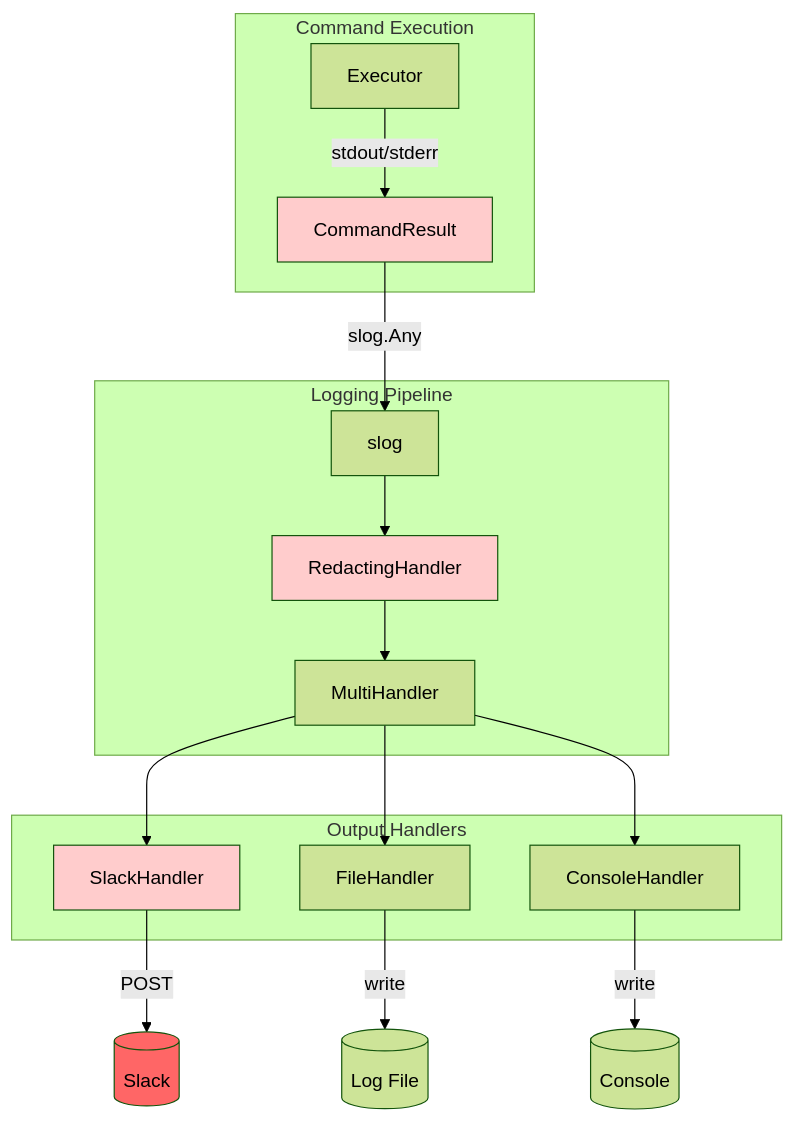
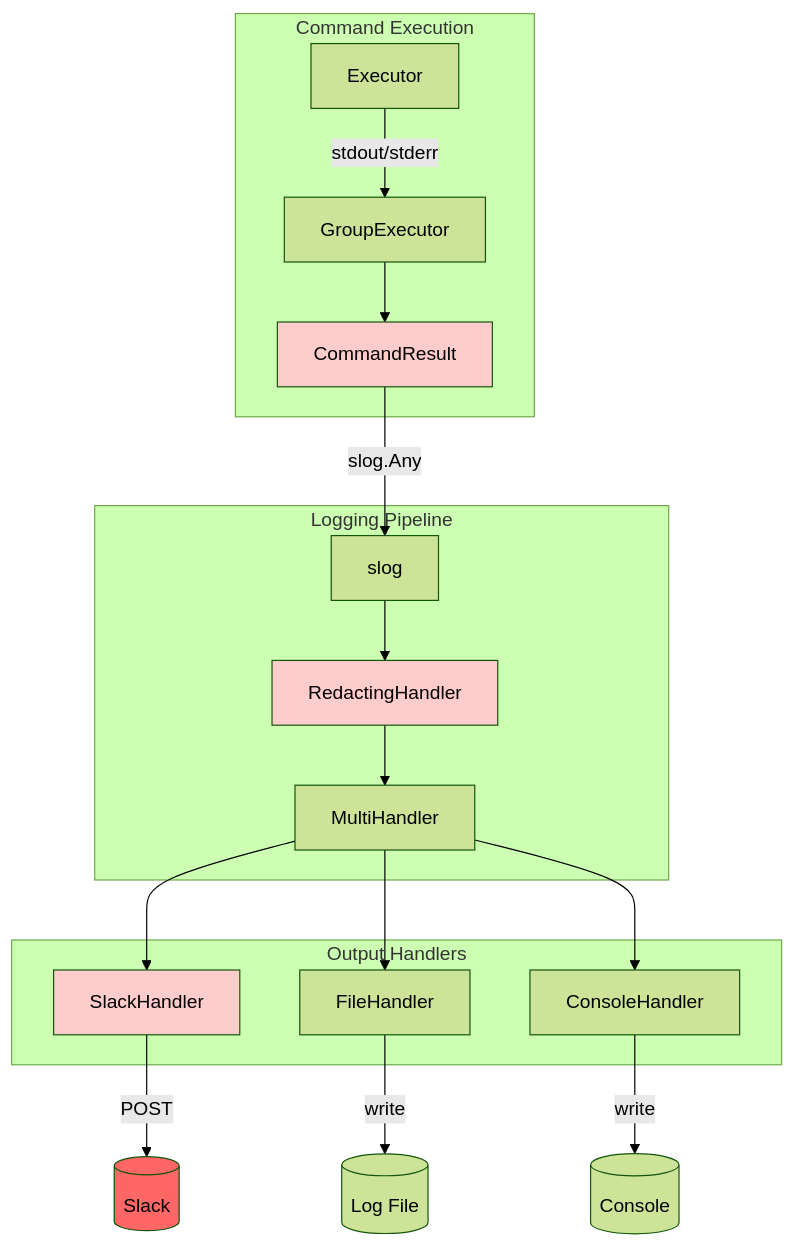
Before and after one commit to isseis/go-safe-cmd-runner: the first of 17 diagrams in docs/tasks/0055_command_output_redaction_for_slack/02_architecture.md, drawn with Mermaid (forest theme).

Commit message:
docs: update mermaid architecture diagram in 02_architecture.md
Rename and rewire mermaid nodes/edges to reflect GroupExecutor and

CommandResult flow.

Reorder logging pipeline and output handler links for clearer structure.

Adjust node styles and class assignments to match diagram semantics.

Documentation-only change; no code or behavior modifications.

````diff
--- a/docs/tasks/0055_command_output_redaction_for_slack/02_architecture.md
+++ b/docs/tasks/0055_command_output_redaction_for_slack/02_architecture.md
@@ -30,30 +30,31 @@
 ```mermaid
 flowchart TB
     subgraph "Command Execution"
-        A[Executor] -->|stdout/stderr| B[CommandResult]
+        A[Executor] -->|stdout/stderr| B[GroupExecutor]
+        B --> C[CommandResult]
     end
 
     subgraph "Logging Pipeline"
-        B -->|slog.Any| C[slog]
-        C --> D[RedactingHandler]
-        D --> E[MultiHandler]
+        C -->|slog.Any| D[slog]
+        D --> E[RedactingHandler]
+        E --> F[MultiHandler]
     end
 
     subgraph "Output Handlers"
-        E --> F[SlackHandler]
-        E --> G[FileHandler]
-        E --> H[ConsoleHandler]
+        F --> G[SlackHandler]
+        F --> H[FileHandler]
+        F --> I[ConsoleHandler]
     end
 
-    F -->|POST| I[(Slack)]
-    G -->|write| J[(Log File)]
-    H -->|write| K[(Console)]
+    G -->|POST| J[(Slack)]
+    H -->|write| K[(Log File)]
+    I -->|write| L[(Console)]
 
-    style B fill:#ffcccc
-    style D fill:#ffcccc
-    style F fill:#ffcccc
-    style I fill:#ff6666
+    style C fill:#ffcccc
+    style E fill:#ffcccc
+    style G fill:#ffcccc
+    style J fill:#ff6666
 
     classDef vulnerable fill:#ffcccc,stroke:#ff0000,stroke-width:2px
     classDef risk fill:#ff6666,stroke:#ff0000,stroke-width:3px
 ```
````
